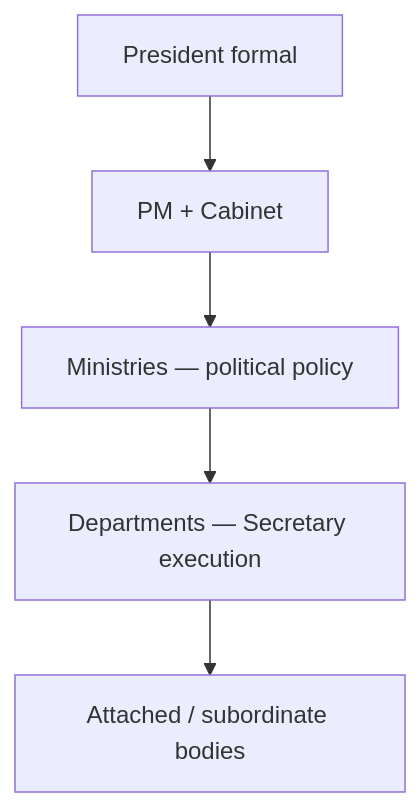
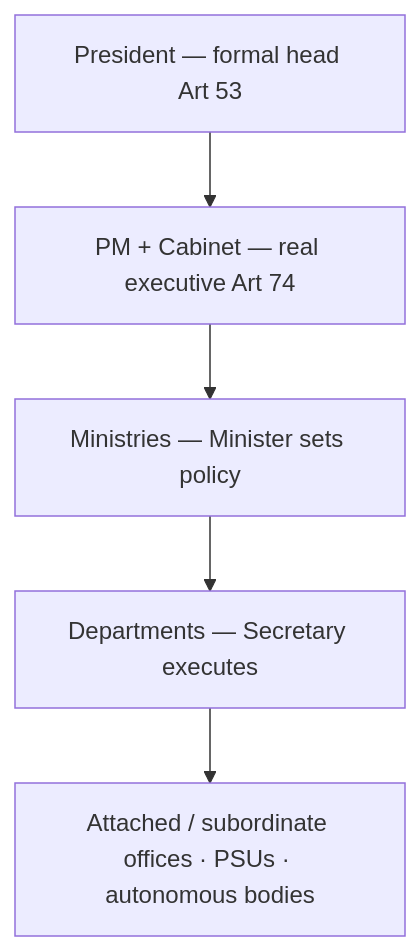
The diagram in mains-pyqs/GS-2/Polity_Constitution/07_Executive_Judiciary_PIL.md (nitishpratap/UP-PCS), drawn with Mermaid before and after one commit. The commit also changed other lines of this file and 97 other files, not shown here.

````diff
--- a/mains-pyqs/GS-2/Polity_Constitution/07_Executive_Judiciary_PIL.md
+++ b/mains-pyqs/GS-2/Polity_Constitution/07_Executive_Judiciary_PIL.md
@@ -108,7 +105,7 @@
 ```mermaid
 flowchart TD
-  P[President formal] --> PM[PM + Cabinet]
-  PM --> M[Ministries — political policy]
-  M --> D[Departments — Secretary execution]
-  D --> A[Attached / subordinate bodies]
+  P[President — formal head Art 53] --> PM[PM + Cabinet — real executive Art 74]
+  PM --> M[Ministries — Minister sets policy]
+  M --> D[Departments — Secretary executes]
+  D --> A[Attached / subordinate offices · PSUs · autonomous bodies]
 ```
````
